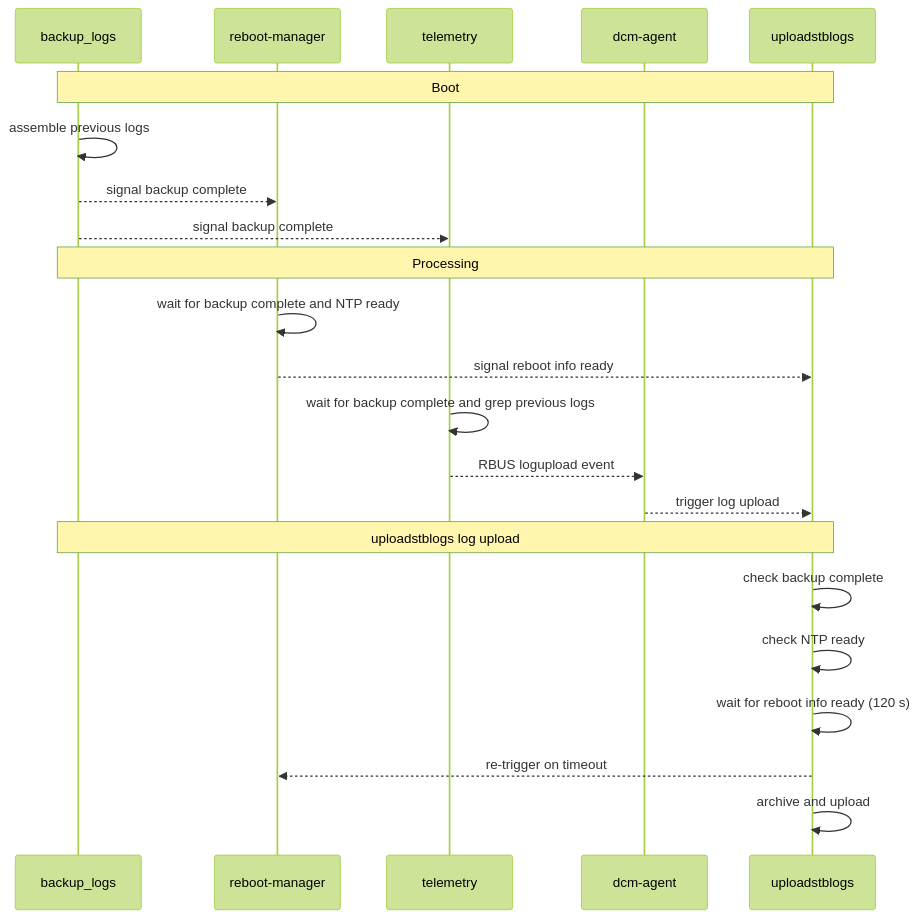
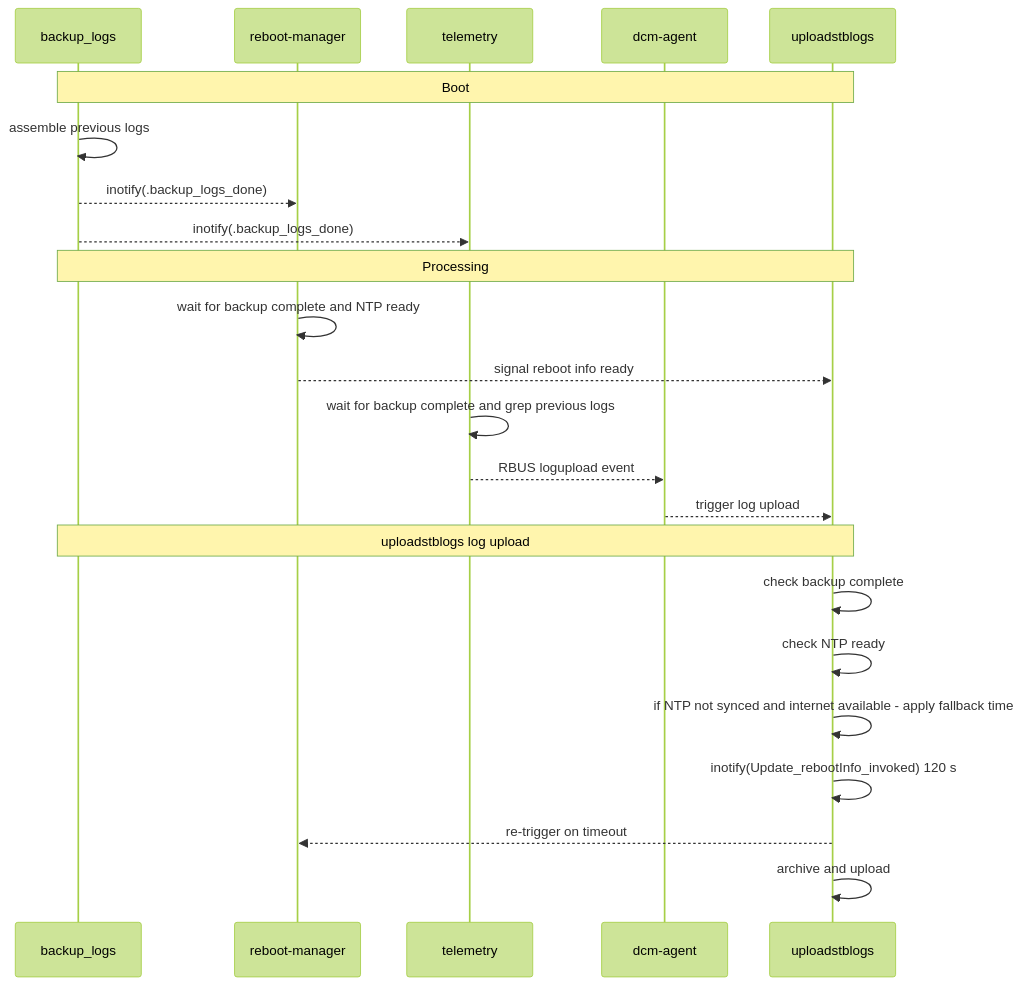
Before and after one commit to rdkcentral/dcm-agent: the first of 2 diagrams in stateanalysis.md, drawn with Mermaid (forest theme). The commit also changed other lines of this file, not shown here.

````diff
--- a/stateanalysis.md
+++ b/stateanalysis.md
@@ -7,31 +7,32 @@
 ```mermaid
 sequenceDiagram
     participant BL  as backup_logs
     participant RM  as reboot-manager
     participant TEL as telemetry
     participant DCM as dcm-agent
     participant UL  as uploadstblogs
 
     note over BL,UL: Boot
 
     BL  ->> BL  : assemble previous logs
-    BL  -->> RM : signal backup complete
-    BL  -->> TEL: signal backup complete
+    BL  -->> RM : inotify(.backup_logs_done)
+    BL  -->> TEL: inotify(.backup_logs_done)
 
     note over BL,UL: Processing
 
     RM  ->> RM  : wait for backup complete and NTP ready
     RM  -->> UL : signal reboot info ready
 
     TEL ->> TEL : wait for backup complete and grep previous logs
     TEL -->> DCM: RBUS logupload event
     DCM -->> UL : trigger log upload
 
     note over BL,UL: uploadstblogs log upload
 
     UL  ->> UL  : check backup complete
     UL  ->> UL  : check NTP ready
-    UL  ->> UL  : wait for reboot info ready (120 s)
+    UL  ->> UL  : if NTP not synced and internet available - apply fallback time
+    UL  ->> UL  : inotify(Update_rebootInfo_invoked) 120 s
     UL  -->> RM : re-trigger on timeout
     UL  ->> UL  : archive and upload
 ```
````
